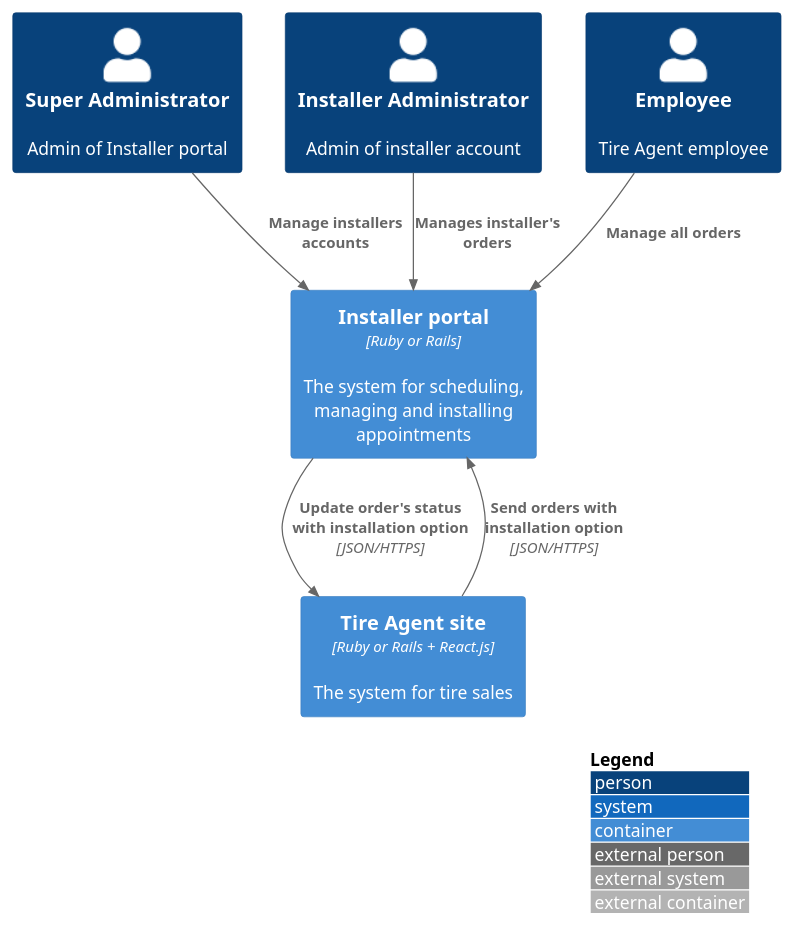
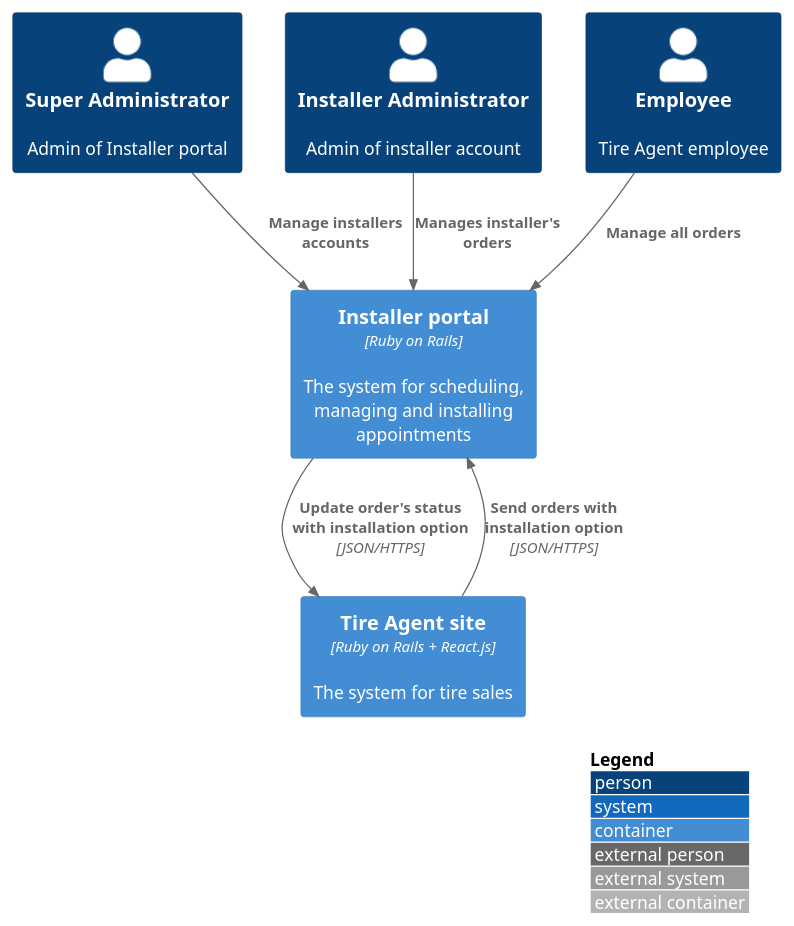
Before and after one commit to artsiomivanets/docs: the diagram in src/1.4 Diagrams for TireAgent Installers Portal/1.4.1 Context Diagram/context.puml, drawn with PlantUML. The commit also changed 60 other files, not shown here.

```diff
--- a/src/1.4 Diagrams for TireAgent Installers Portal/1.4.1 Context Diagram/context.puml
+++ b/src/1.4 Diagrams for TireAgent Installers Portal/1.4.1 Context Diagram/context.puml
@@ -1,21 +1,21 @@
 @startuml
 !include https://raw.githubusercontent.com/adrianvlupu/C4-PlantUML/latest/C4_Container.puml
 
 LAYOUT_WITH_LEGEND()
 
 Person(super_admin, "Super Administrator", "Admin of Installer portal")
 Person(installer_admin, "Installer Administrator", "Admin of installer account")
 Person(employee, "Employee", "Tire Agent employee")
 
-Container(installer_portal, "Installer portal", "Ruby or Rails", "The system for scheduling, managing and installing appointments")
-Container(ta, "Tire Agent site", "Ruby or Rails + React.js", "The system for tire sales")
+Container(installer_portal, "Installer portal", "Ruby on Rails", "The system for scheduling, managing and installing appointments")
+Container(ta, "Tire Agent site", "Ruby on Rails + React.js", "The system for tire sales")
 
 Rel(ta, installer_portal, "Send orders with installation option", "JSON/HTTPS")
 Rel(installer_portal, ta, "Update order's status with installation option", "JSON/HTTPS")
 
 
 Rel(super_admin, installer_portal, "Manage installers accounts")
 Rel(installer_admin, installer_portal, "Manages installer's orders")
 Rel(employee, installer_portal, "Manage all orders")
 
 @enduml
```
